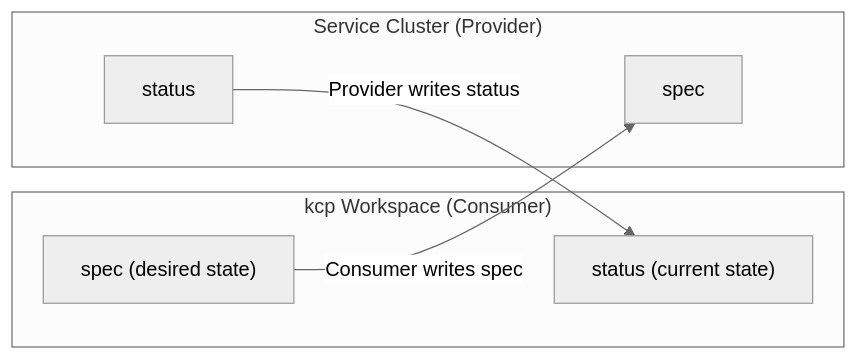
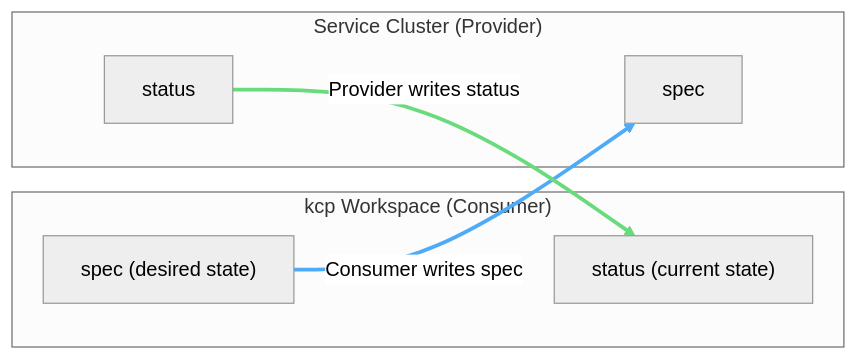
One commit to platform-mesh/platform-mesh.github.io changed the second of 2 diagrams in overview/api-syncagent.md. Above: the diagram before and after it, drawn with Mermaid (neutral theme). The commit also changed other lines of this file and 12 other files, not shown here.

````diff
--- a/overview/api-syncagent.md
+++ b/overview/api-syncagent.md
@@ -121,15 +129,18 @@
 ```mermaid
 flowchart LR
     subgraph kcp["kcp Workspace (Consumer)"]
         spec_kcp["spec (desired state)"]
         status_kcp["status (current state)"]
     end
 
     subgraph sc["Service Cluster (Provider)"]
         spec_sc["spec"]
         status_sc["status"]
     end
 
     spec_kcp -- "Consumer writes spec" --> spec_sc
     status_sc -- "Provider writes status" --> status_kcp
+
+    linkStyle 0 stroke:#4dabf7,stroke-width:3px
+    linkStyle 1 stroke:#69db7c,stroke-width:3px
 ```
````
